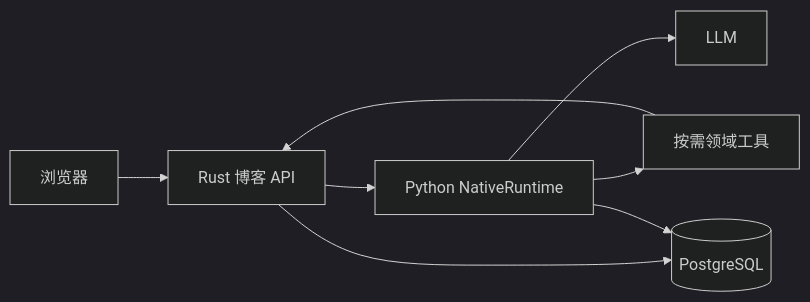
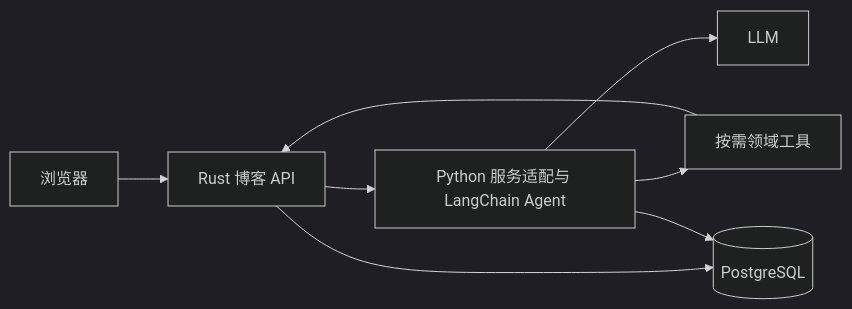
Before and after one commit to BigLeopardCat/saudade-blog-agent: the diagram in docs/agent-architecture.md, drawn with Mermaid (dark theme). The commit also changed other lines of this file and 30 other files, not shown here.

First line of the commit message:
refactor(runtime): 由标准 Agent 承接模型工具循环

````diff
--- a/docs/agent-architecture.md
+++ b/docs/agent-architecture.md
@@ -16,10 +19,10 @@
 ```mermaid
 flowchart LR
     UI[浏览器] --> BLOG[Rust 博客 API]
-    BLOG --> AGENT[Python NativeRuntime]
+    BLOG --> AGENT[Python 服务适配与 LangChain Agent]
     AGENT --> MODEL[LLM]
     AGENT --> TOOLS[按需领域工具]
     TOOLS --> BLOG
     BLOG --> DB[(PostgreSQL)]
     AGENT --> DB
 ```
````
